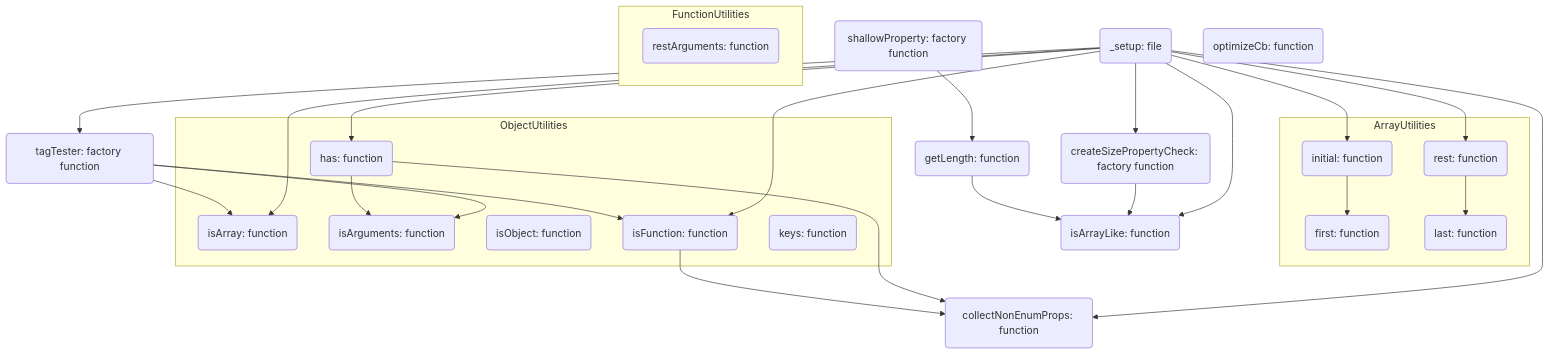
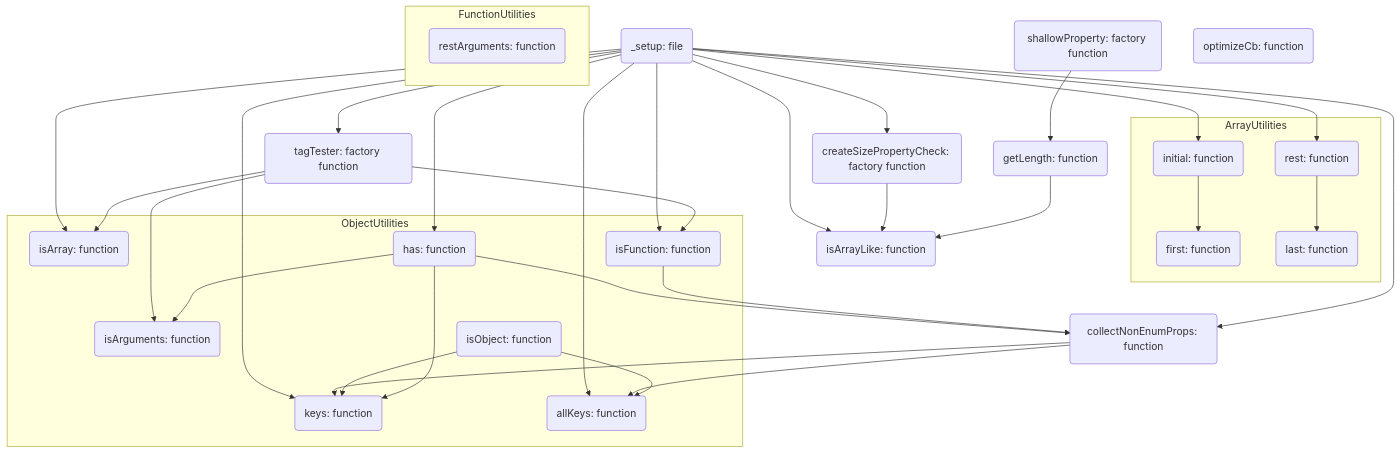
The diagram in README.md (AshGreyG/To-Realize-Underscore), drawn with Mermaid before and after one commit. The commit also changed 4 other files, not shown here.

```diff
--- a/README.md
+++ b/README.md
@@ -43,6 +43,7 @@
     isFunction(isFunction: function)
     has(has: function)
     keys(keys: function)
+    allKeys(allKeys: function)
   end
 
   subgraph FunctionUtilities
@@ -60,6 +61,8 @@
   _setup --> _createSizePropertyCheck
   _setup --> _collectNonEnumProps
   _setup --> isFunction
+  _setup --> keys
+  _setup --> allKeys
 
   _tagTester --> isArray
   _tagTester --> isArguments
@@ -72,6 +75,12 @@
   has --> isArguments
   has --> _collectNonEnumProps
   isFunction --> _collectNonEnumProps
+  _collectNonEnumProps --> keys
+  isObject --> keys
+  has --> keys
+  _collectNonEnumProps --> allKeys
+  isObject --> allKeys
+
 
   %% Hyperlink settings
 
@@ -101,6 +110,7 @@
   click isFunction "https://github.com/AshGreyG/To-Realize-Underscore/blob/main/modules/isFunction.js"
   click has "https://github.com/AshGreyG/To-Realize-Underscore/blob/main/modules/_has.js"
   click keys "https://github.com/AshGreyG/To-Realize-Underscore/blob/main/modules/keys.js"
+  click allKeys "https://github.com/AshGreyG/To-Realize-Underscore/blob/main/modules/allKeys.js"
 
   %%% Function functions 😄
 
```
